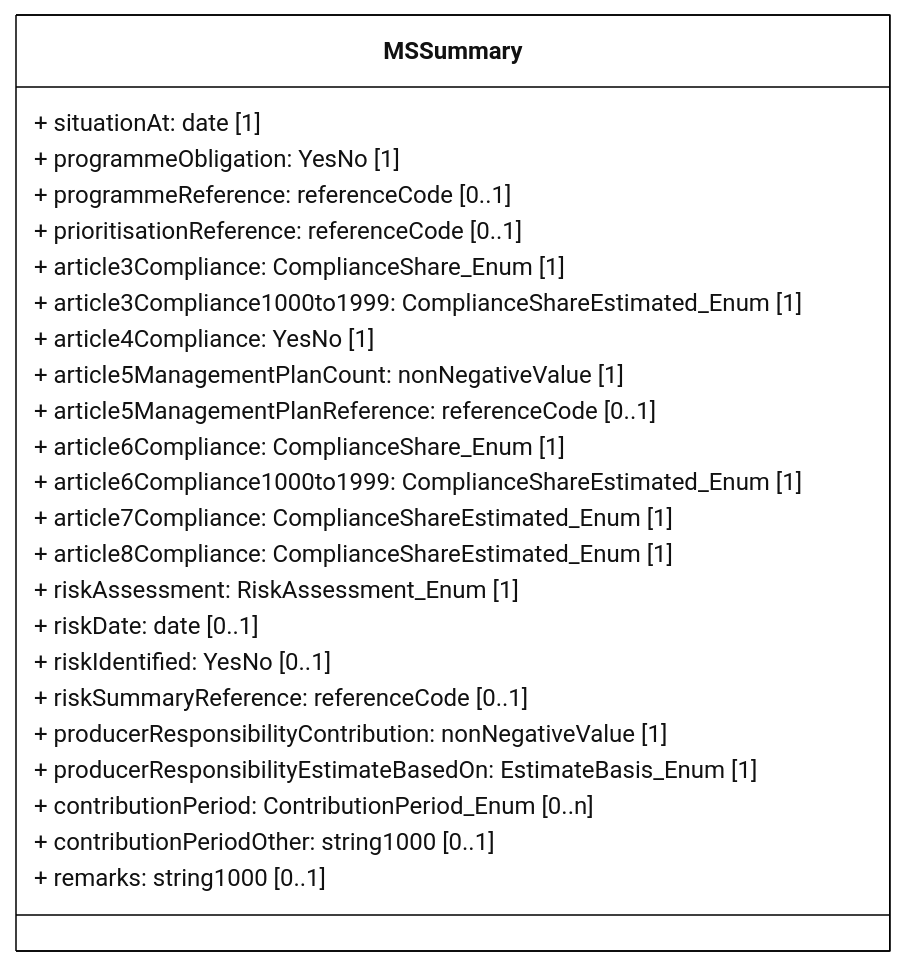
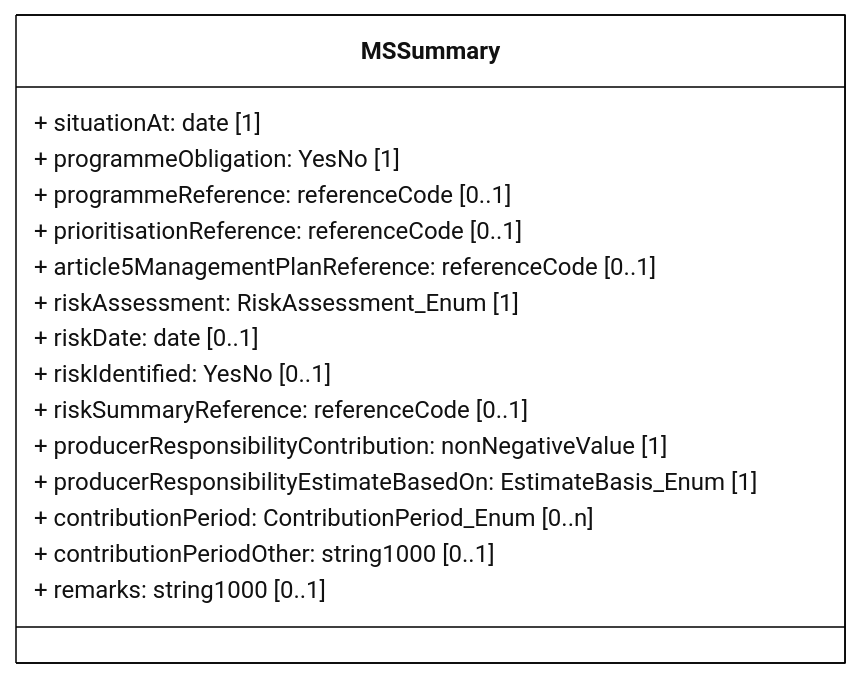
Before and after one commit to eeadata/WISE.UWWTD.Documentation: the diagram in docs/rUWWTD2024/Article23/mmd/Article23_MSSummary_ClassDiagram.mmd, drawn with Mermaid. The commit also changed 20 other files, not shown here.

```diff
--- a/docs/rUWWTD2024/Article23/mmd/Article23_MSSummary_ClassDiagram.mmd
+++ b/docs/rUWWTD2024/Article23/mmd/Article23_MSSummary_ClassDiagram.mmd
@@ -1,40 +1,31 @@
 ---
 config:
   class:
     hideEmptyMembersBox: true
   layout: dagre
   theme: neutral
 ---
 classDiagram
 direction LR
 
 class MSSummary{
     + situationAt: date [1]
     + programmeObligation: YesNo [1]
     + programmeReference: referenceCode [0..1]
     + prioritisationReference: referenceCode [0..1]
-
-    + article3Compliance: ComplianceShare_Enum [1]
-    + article3Compliance1000to1999: ComplianceShareEstimated_Enum [1]
-    + article4Compliance: YesNo [1]
-    + article5ManagementPlanCount: nonNegativeValue [1]
     + article5ManagementPlanReference: referenceCode [0..1]
-    + article6Compliance: ComplianceShare_Enum [1]
-    + article6Compliance1000to1999: ComplianceShareEstimated_Enum [1]
-    + article7Compliance: ComplianceShareEstimated_Enum [1]
-    + article8Compliance: ComplianceShareEstimated_Enum [1]
 
     + riskAssessment: RiskAssessment_Enum [1]
     + riskDate: date [0..1]
     + riskIdentified: YesNo [0..1]
     + riskSummaryReference: referenceCode [0..1]
 
     + producerResponsibilityContribution: nonNegativeValue [1]
     + producerResponsibilityEstimateBasedOn: EstimateBasis_Enum [1]
     + contributionPeriod: ContributionPeriod_Enum [0..n]
     + contributionPeriodOther: string1000 [0..1]
     + remarks: string1000 [0..1]
 }
 
 classDef default fill:white,stroke:#000;
 classDef forFixing fill:white,stroke:#f00;
```
